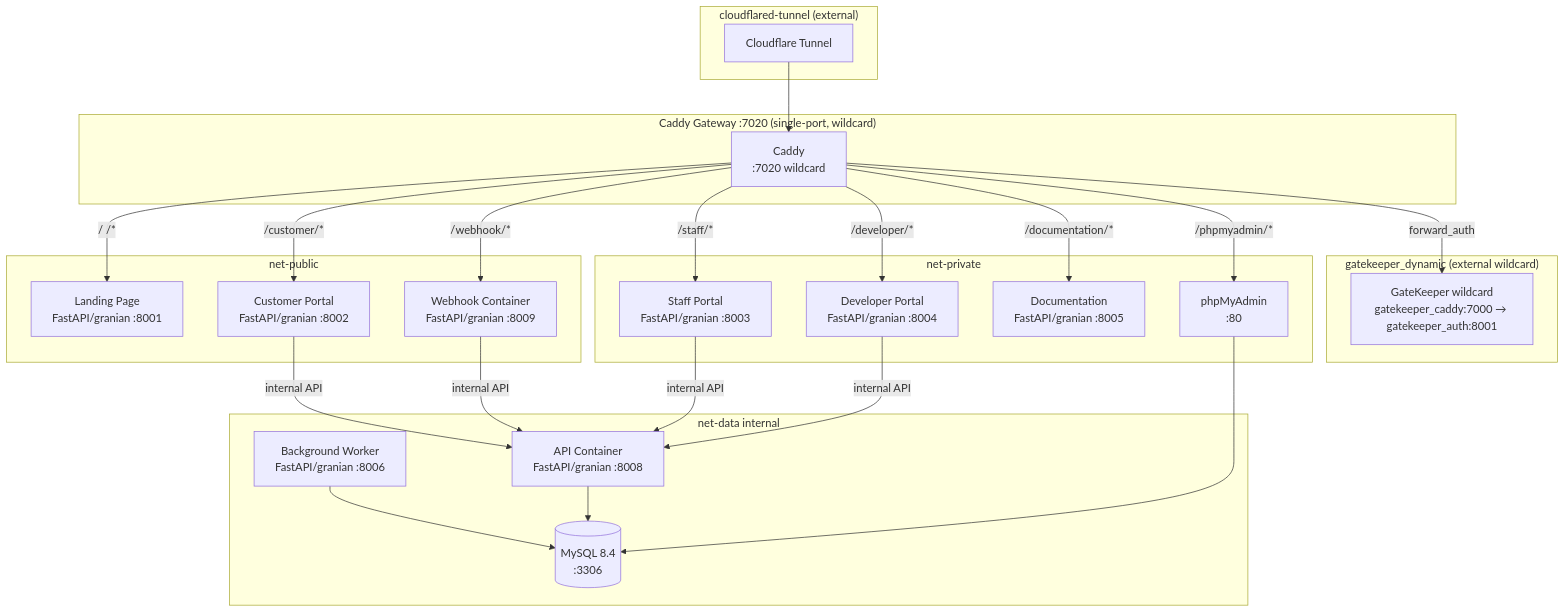
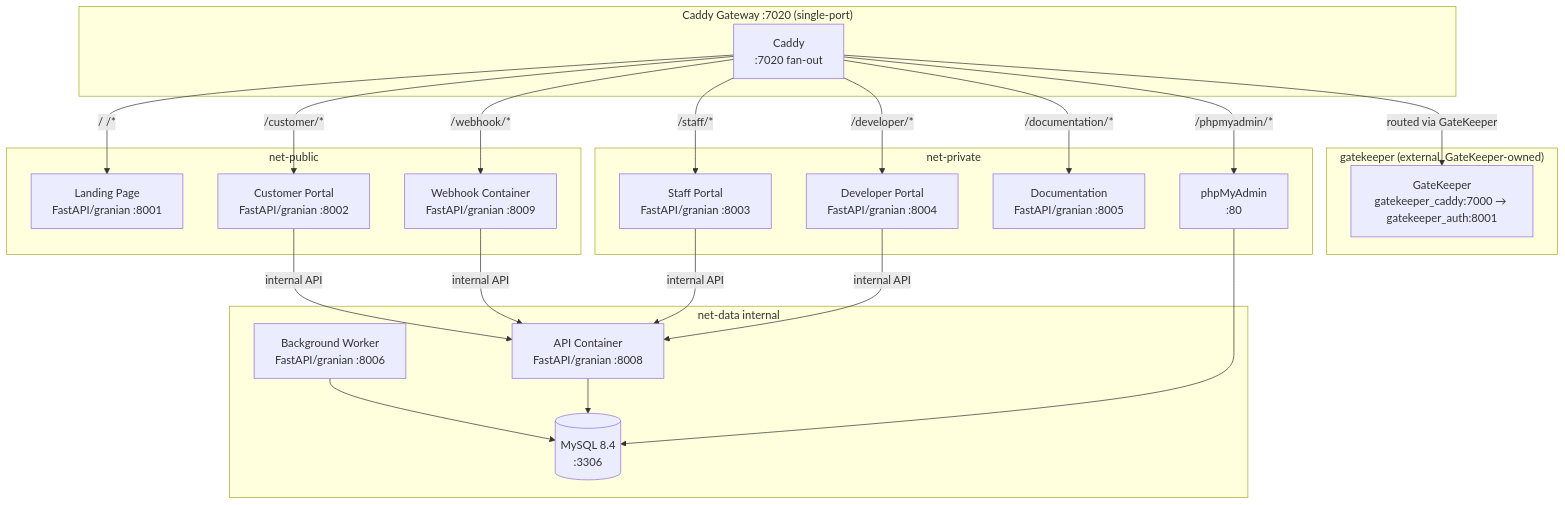
Before and after one commit to NovaProtocol/WaterBillingSystem: the first of 2 diagrams in documentation/docs/index.md, drawn with Mermaid. The commit also changed other lines of this file and 18 other files, not shown here.

````diff
--- a/documentation/docs/index.md
+++ b/documentation/docs/index.md
@@ -26,53 +26,48 @@
 ```mermaid
 graph TB
-    subgraph "net-public"
-        LAND["Landing Page<br/>FastAPI/granian :8001"]
-        CP["Customer Portal<br/>FastAPI/granian :8002"]
-        WH["Webhook Container<br/>FastAPI/granian :8009"]
-    end
+ subgraph "net-public"
+ LAND["Landing Page<br/>FastAPI/granian :8001"]
+ CP["Customer Portal<br/>FastAPI/granian :8002"]
+ WH["Webhook Container<br/>FastAPI/granian :8009"]
+ end
 
-    subgraph "net-private"
-        SP["Staff Portal<br/>FastAPI/granian :8003"]
-        DP["Developer Portal<br/>FastAPI/granian :8004"]
-        DOC["Documentation<br/>FastAPI/granian :8005"]
-        PMA["phpMyAdmin<br/>:80"]
-    end
+ subgraph "net-private"
+ SP["Staff Portal<br/>FastAPI/granian :8003"]
+ DP["Developer Portal<br/>FastAPI/granian :8004"]
+ DOC["Documentation<br/>FastAPI/granian :8005"]
+ PMA["phpMyAdmin<br/>:80"]
+ end
 
-    subgraph "net-data internal"
-        DB[("MySQL 8.4<br/>:3306")]
-        WORKER["Background Worker<br/>FastAPI/granian :8006"]
-        API["API Container<br/>FastAPI/granian :8008"]
-    end
+ subgraph "net-data internal"
+ DB[("MySQL 8.4<br/>:3306")]
+ WORKER["Background Worker<br/>FastAPI/granian :8006"]
+ API["API Container<br/>FastAPI/granian :8008"]
+ end
 
-    subgraph "gatekeeper_dynamic (external wildcard)"
-        GK["GateKeeper wildcard<br/>gatekeeper_caddy:7000 → gatekeeper_auth:8001"]
-    end
+ subgraph "gatekeeper (external, GateKeeper-owned)"
+ GK["GateKeeper<br/>gatekeeper_caddy:7000 → gatekeeper_auth:8001"]
+ end
 
-    subgraph "cloudflared-tunnel (external)"
-        TUN["Cloudflare Tunnel"]
-    end
+ subgraph "Caddy Gateway :7020 (single-port)"
+ CAD["Caddy<br/>:7020 fan-out"]
+ end
 
-    subgraph "Caddy Gateway :7020 (single-port, wildcard)"
-        CAD["Caddy<br/>:7020 wildcard"]
-    end
+ CAD -->|"/ /*"| LAND
+ CAD -->|"/customer/*"| CP
+ CAD -->|"/webhook/*"| WH
+ CAD -->|"/staff/*"| SP
+ CAD -->|"/developer/*"| DP
+ CAD -->|"/documentation/*"| DOC
+ CAD -->|"/phpmyadmin/*"| PMA
 
-    CAD -->|"/ /*"| LAND
-    CAD -->|"/customer/*"| CP
-    CAD -->|"/webhook/*"| WH
-    CAD -->|"/staff/*"| SP
-    CAD -->|"/developer/*"| DP
-    CAD -->|"/documentation/*"| DOC
-    CAD -->|"/phpmyadmin/*"| PMA
+ CP -->|"internal API"| API
+ SP -->|"internal API"| API
+ DP -->|"internal API"| API
+ WH -->|"internal API"| API
 
-    CP -->|"internal API"| API
-    SP -->|"internal API"| API
-    DP -->|"internal API"| API
-    WH -->|"internal API"| API
+ API --> DB
+ WORKER --> DB
+ PMA --> DB
 
-    API --> DB
-    WORKER --> DB
-    PMA --> DB
-
-    CAD -->|"forward_auth"| GK
-    TUN --> CAD
+ CAD -->|"routed via GateKeeper"| GK
 ```
````
